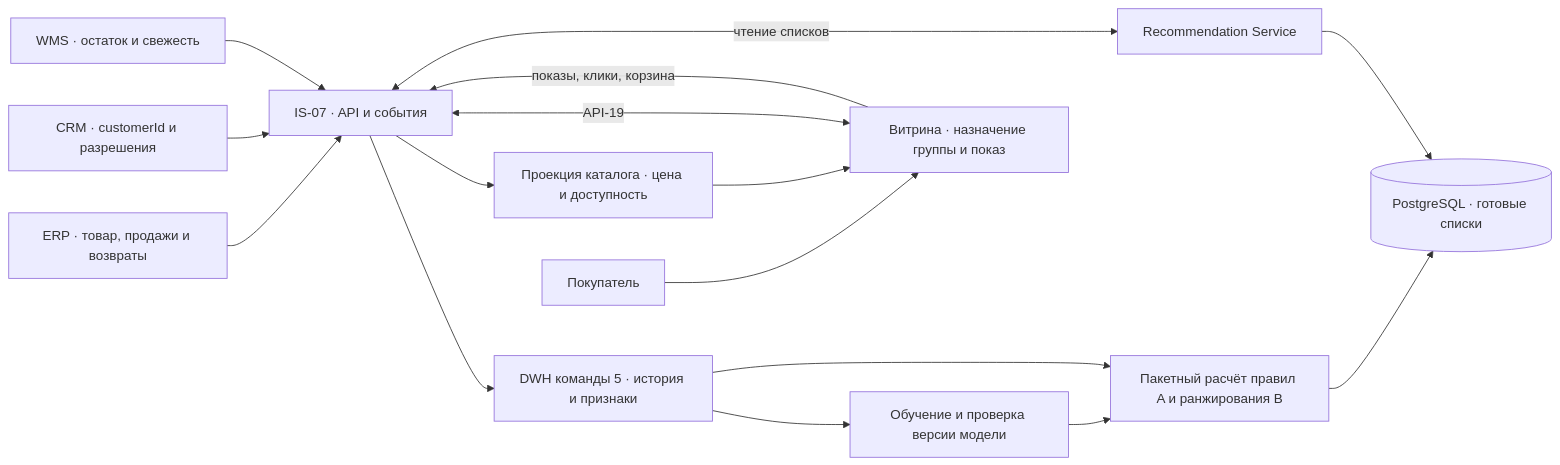
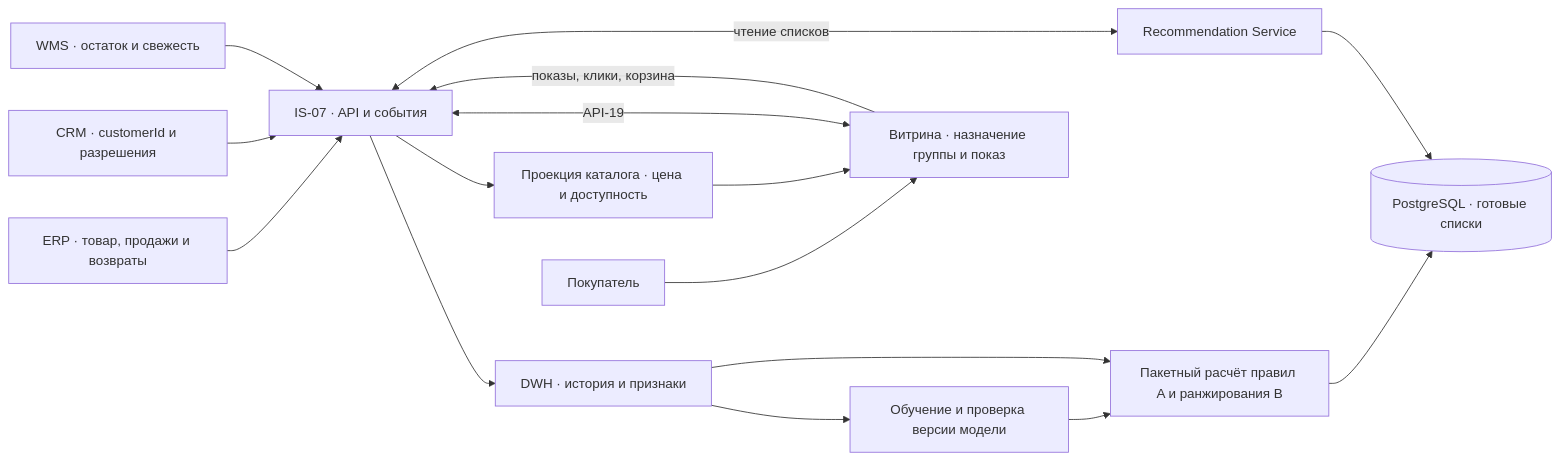
The diagram in 04_e-commerce_domain/07_Project_Management/EC-AI-001-recommendation-project.md (rsingatulin/hse_architecture), drawn with Mermaid before and after one commit.

Commit message:
Уточнить подпись DWH на схеме рекомендаций

````diff
--- a/04_e-commerce_domain/07_Project_Management/EC-AI-001-recommendation-project.md
+++ b/04_e-commerce_domain/07_Project_Management/EC-AI-001-recommendation-project.md
@@ -31,18 +31,18 @@
 ```mermaid
 flowchart LR
     ERP[ERP · товар, продажи и возвраты] --> IP[IS-07 · API и события]
     CRM[CRM · customerId и разрешения] --> IP
     WMS[WMS · остаток и свежесть] --> IP
-    IP --> DWH[DWH команды 5 · история и признаки]
+    IP --> DWH[DWH · история и признаки]
     DWH --> ML[Обучение и проверка версии модели]
     ML --> BATCH[Пакетный расчёт правил A и ранжирования B]
     DWH --> BATCH
     BATCH --> PG[(PostgreSQL · готовые списки)]
     USER[Покупатель] --> SHOP[Витрина · назначение группы и показ]
     SHOP <-->|API-19| IP
     IP <-->|чтение списков| REC[Recommendation Service]
     REC --> PG
     IP --> CATALOG[Проекция каталога · цена и доступность]
     CATALOG --> SHOP
     SHOP -->|показы, клики, корзина| IP
 ```
````
